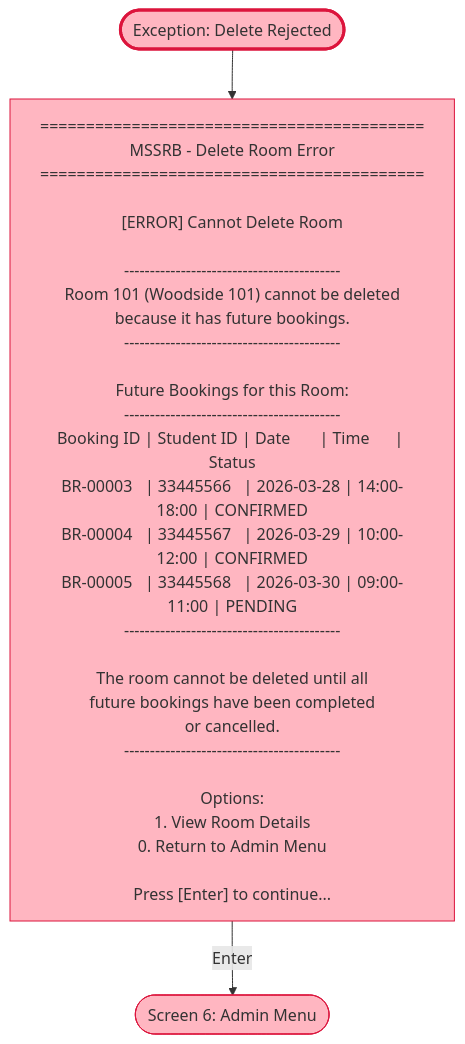
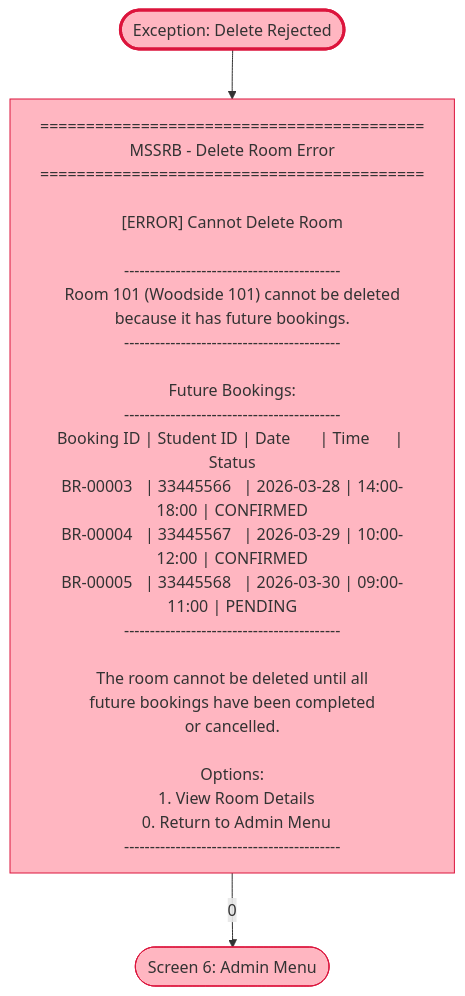
The diagram in mermaid/member_b/exception_delete_rejected.mmd (alii0110-monash/fit5136-study-room-booking), drawn with Mermaid before and after one commit. The commit also changed 9 other files, not shown here.

First line of the commit message:
Standardize Mermaid flowchart format and navigation

```diff
--- a/mermaid/member_b/exception_delete_rejected.mmd
+++ b/mermaid/member_b/exception_delete_rejected.mmd
@@ -1,43 +1,43 @@
 flowchart TB
     DELETE_REJECTED(["Exception: Delete Rejected"])
 
     DR1["
 ==========================================
 MSSRB - Delete Room Error
 ==========================================
 
 [ERROR] Cannot Delete Room
 
 ------------------------------------------
 Room 101 (Woodside 101) cannot be deleted
 because it has future bookings.
 ------------------------------------------
 
-Future Bookings for this Room:
+Future Bookings:
 ------------------------------------------
 Booking ID | Student ID | Date       | Time      | Status
 BR-00003   | 33445566   | 2026-03-28 | 14:00-18:00 | CONFIRMED
 BR-00004   | 33445567   | 2026-03-29 | 10:00-12:00 | CONFIRMED
 BR-00005   | 33445568   | 2026-03-30 | 09:00-11:00 | PENDING
 ------------------------------------------
 
 The room cannot be deleted until all
 future bookings have been completed
 or cancelled.
+
+Options:
+  1. View Room Details
+  0. Return to Admin Menu
 ------------------------------------------
 
-Options:
-1. View Room Details
-0. Return to Admin Menu
 
-Press [Enter] to continue...
     "]
 
     ADMIN(["Screen 6: Admin Menu"])
 
     DELETE_REJECTED --> DR1
-    DR1 -->|"Enter"| ADMIN
+    DR1 -->|"0"| ADMIN
 
     style DELETE_REJECTED fill:#FFB6C1,stroke:#DC143C,stroke-width:3px
     style DR1 fill:#FFB6C1,stroke:#DC143C
     style ADMIN fill:#FFB6C1,stroke:#DC143C
```
